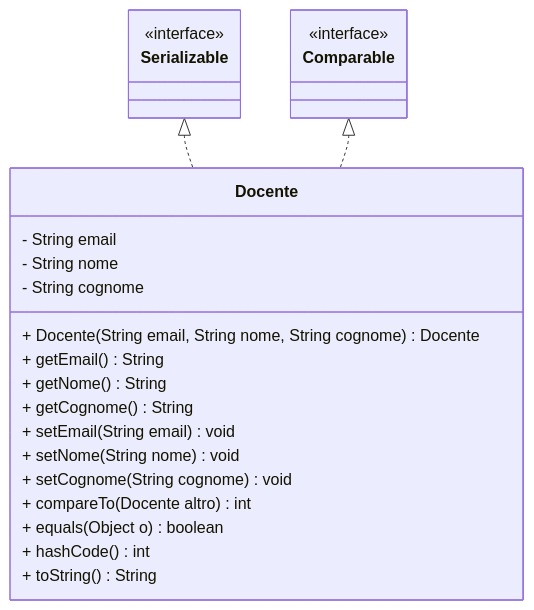
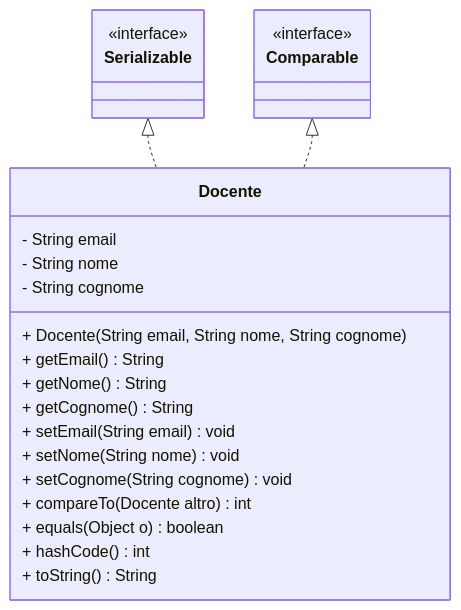
One commit to gcarbone48/PrenotazioneAule5 changed the diagram in diagrams/docenteClassDiagram.md. Above: the diagram before and after it, drawn with Mermaid. The commit also changed 4 other files, not shown here.

````diff
--- a/diagrams/docenteClassDiagram.md
+++ b/diagrams/docenteClassDiagram.md
@@ -1,32 +1,32 @@
 ```mermaid
 classDiagram
 
     class Serializable {
               <<interface>>
     }
     class Comparable {
               <<interface>>
     }
 
     Serializable <|.. Docente
     Comparable <|.. Docente
 
     class Docente{
         - String email
         %% univoca      
         - String nome
         - String cognome
-        + Docente(String email, String nome, String cognome) Docente
+        + Docente(String email, String nome, String cognome) 
         + getEmail() String
         + getNome() String
         + getCognome() String
         + setEmail(String email) void
         + setNome(String nome) void
         + setCognome(String cognome) void       
 
         + compareTo(Docente altro) int
         + equals(Object o) boolean
         + hashCode() int
         + toString() String
     }
 ```
````
